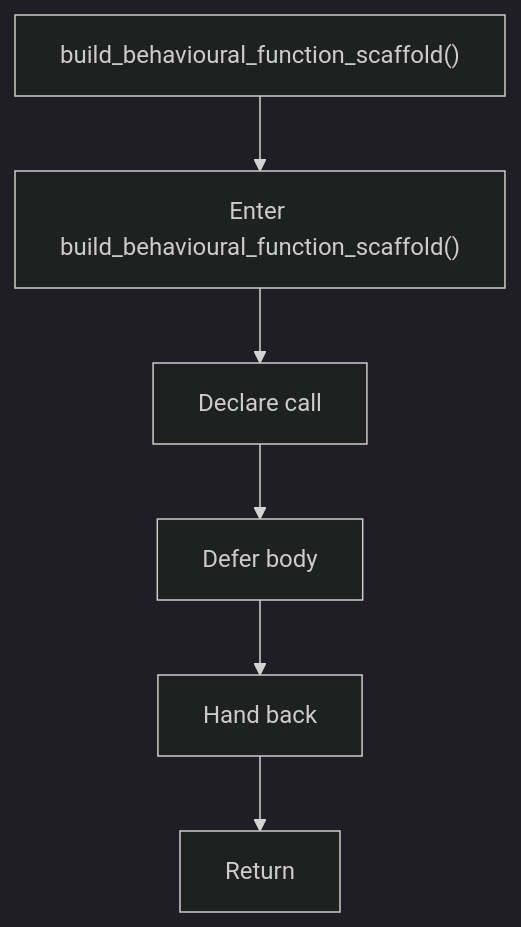
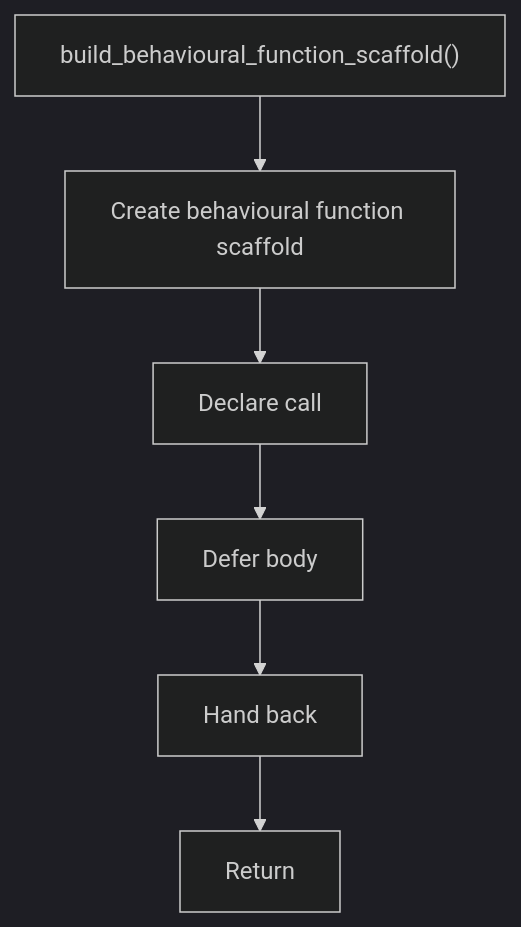
One commit to JohnAndrewBalbarosa/NeoTerritory changed the third of 4 diagrams in docs/Codebase/Microservice/Modules/Header/SyntacticBrokenAST/Analysis/Patterns/Behavioural/Scaffold/core.hpp.md. Above: the diagram before and after it, drawn with Mermaid (dark theme). The commit also changed other lines of this file and 915 other files, not shown here.

````diff
--- a/docs/Codebase/Microservice/Modules/Header/SyntacticBrokenAST/Analysis/Patterns/Behavioural/Scaffold/core.hpp.md
+++ b/docs/Codebase/Microservice/Modules/Header/SyntacticBrokenAST/Analysis/Patterns/Behavioural/Scaffold/core.hpp.md
@@ -89,14 +88,14 @@
 ```mermaid
 flowchart TD
     Start["build_behavioural_function_scaffold()"]
-    N0["Enter build_behavioural_function_scaffold()"]
+    N0["Create behavioural function scaffold"]
     N1["Declare call"]
     N2["Defer body"]
     N3["Hand back"]
     End["Return"]
     Start --> N0
     N0 --> N1
     N1 --> N2
     N2 --> N3
     N3 --> End
 ```
````
